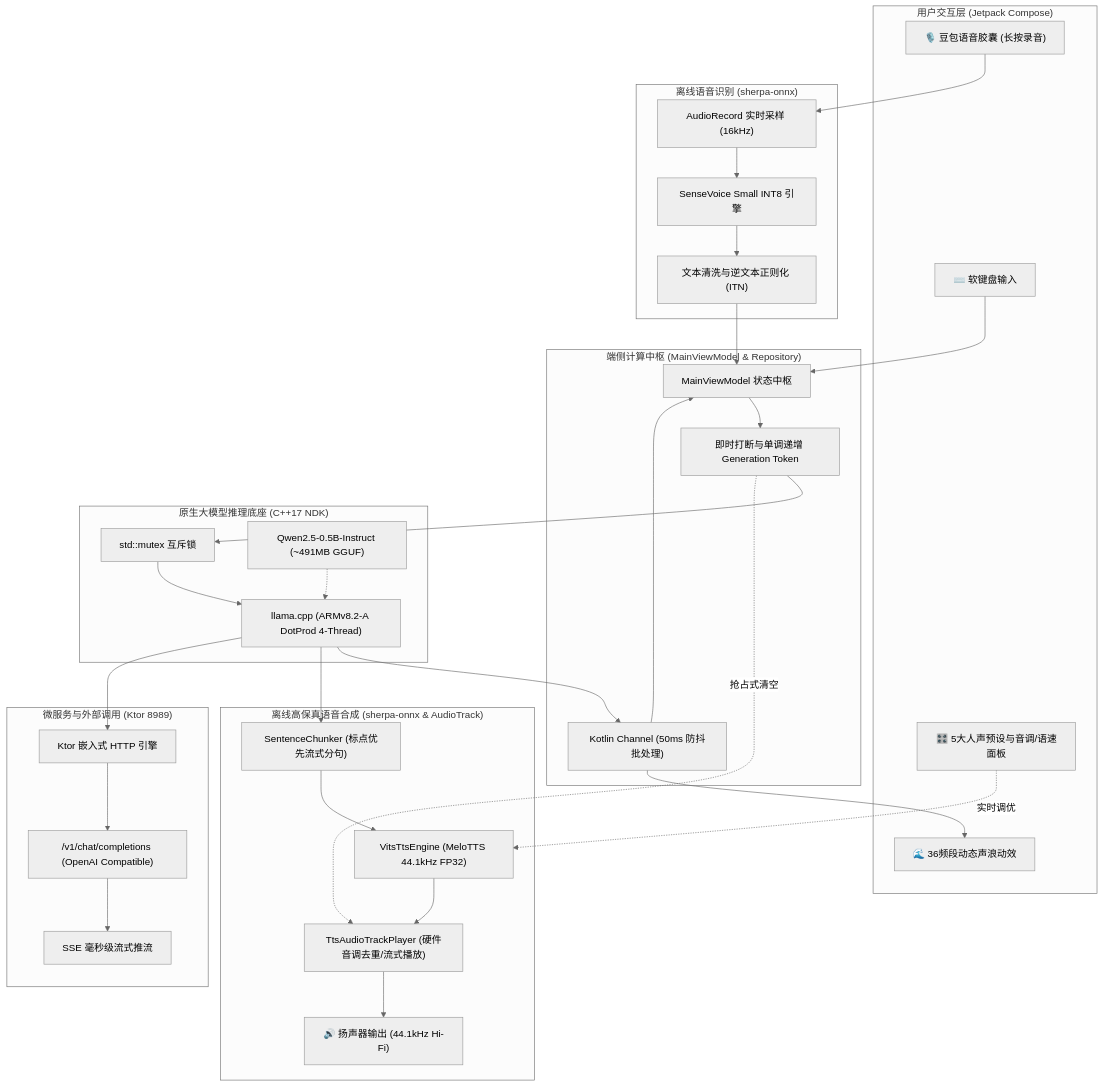
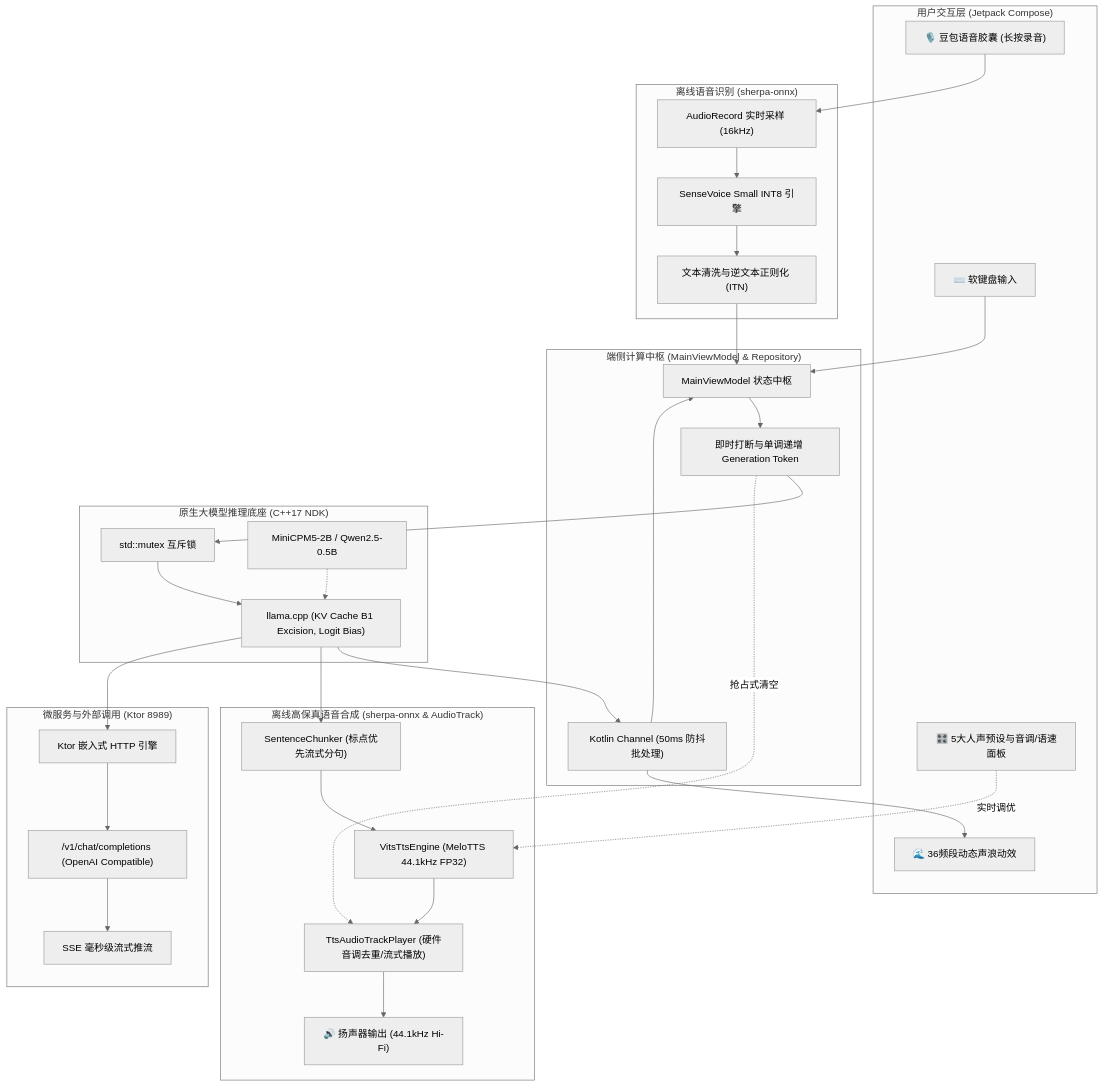
Before and after one commit to wuxinxi/sense-assistant: the diagram in README.md, drawn with Mermaid (neutral theme). The commit also changed other lines of this file and 3 other files, not shown here.

First line of the commit message:
docs(readme): 更新项目文档以支持 MiniCPM5 模型

````diff
--- a/README.md
+++ b/README.md
@@ -63,50 +70,50 @@
 ```mermaid
 flowchart TD
     subgraph Input["用户交互层 (Jetpack Compose)"]
         UI_Voice["🎙️ 豆包语音胶囊 (长按录音)"]
         UI_Text["⌨️ 软键盘输入"]
         UI_Wave["🌊 36频段动态声浪动效"]
         UI_Tuning["🎛️ 5大人声预设与音调/语速面板"]
     end
 
     subgraph ASR["离线语音识别 (sherpa-onnx)"]
         ASR_Record["AudioRecord 实时采样 (16kHz)"]
         ASR_Engine["SenseVoice Small INT8 引擎"]
         ASR_Result["文本清洗与逆文本正则化 (ITN)"]
     end
 
     subgraph Core["端侧计算中枢 (MainViewModel & Repository)"]
         VM["MainViewModel 状态中枢"]
         Interrupt["即时打断与单调递增 Generation Token"]
         Channel["Kotlin Channel<String> (50ms 防抖批处理)"]
     end
 
     subgraph Native["原生大模型推理底座 (C++17 NDK)"]
         Mutex["std::mutex 互斥锁"]
-        Llama["llama.cpp (ARMv8.2-A DotProd 4-Thread)"]
-        Qwen["Qwen2.5-0.5B-Instruct (~491MB GGUF)"]
+        Llama["llama.cpp (KV Cache B1 Excision, Logit Bias)"]
+        Qwen["MiniCPM5-2B / Qwen2.5-0.5B"]
     end
 
     subgraph TTS["离线高保真语音合成 (sherpa-onnx & AudioTrack)"]
         Chunker["SentenceChunker (标点优先流式分句)"]
         VitsEngine["VitsTtsEngine (MeloTTS 44.1kHz FP32)"]
         TrackPlayer["TtsAudioTrackPlayer (硬件音调去重/流式播放)"]
         Speaker["🔊 扬声器输出 (44.1kHz Hi-Fi)"]
     end
 
     subgraph Service["微服务与外部调用 (Ktor 8989)"]
         Ktor["Ktor 嵌入式 HTTP 引擎"]
         OpenAI["/v1/chat/completions (OpenAI Compatible)"]
         SSE["SSE 毫秒级流式推流"]
     end
 
     UI_Voice --> ASR_Record --> ASR_Engine --> ASR_Result --> VM
     UI_Text --> VM
     UI_Tuning -. 实时调优 .-> VitsEngine
     VM --> Interrupt --> Mutex --> Llama
     Interrupt -. 抢占式清空 .-> TrackPlayer
     Qwen -.-> Llama
     Llama --> Channel --> UI_Wave & VM
     Llama --> Chunker --> VitsEngine --> TrackPlayer --> Speaker
     Llama --> Ktor --> OpenAI --> SSE
 ```
````
